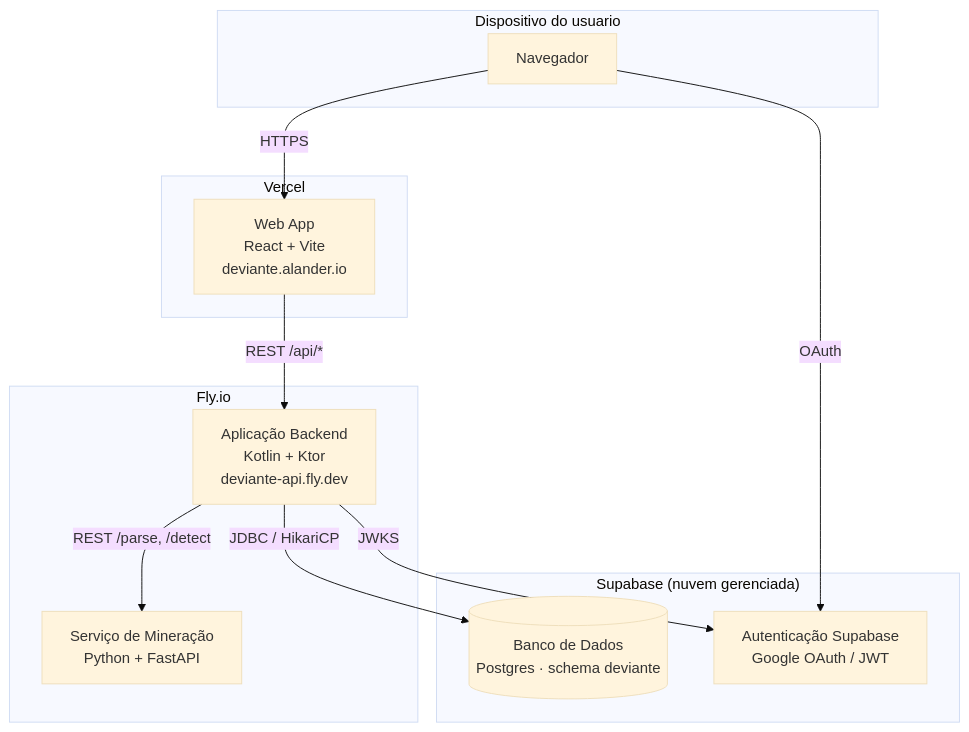
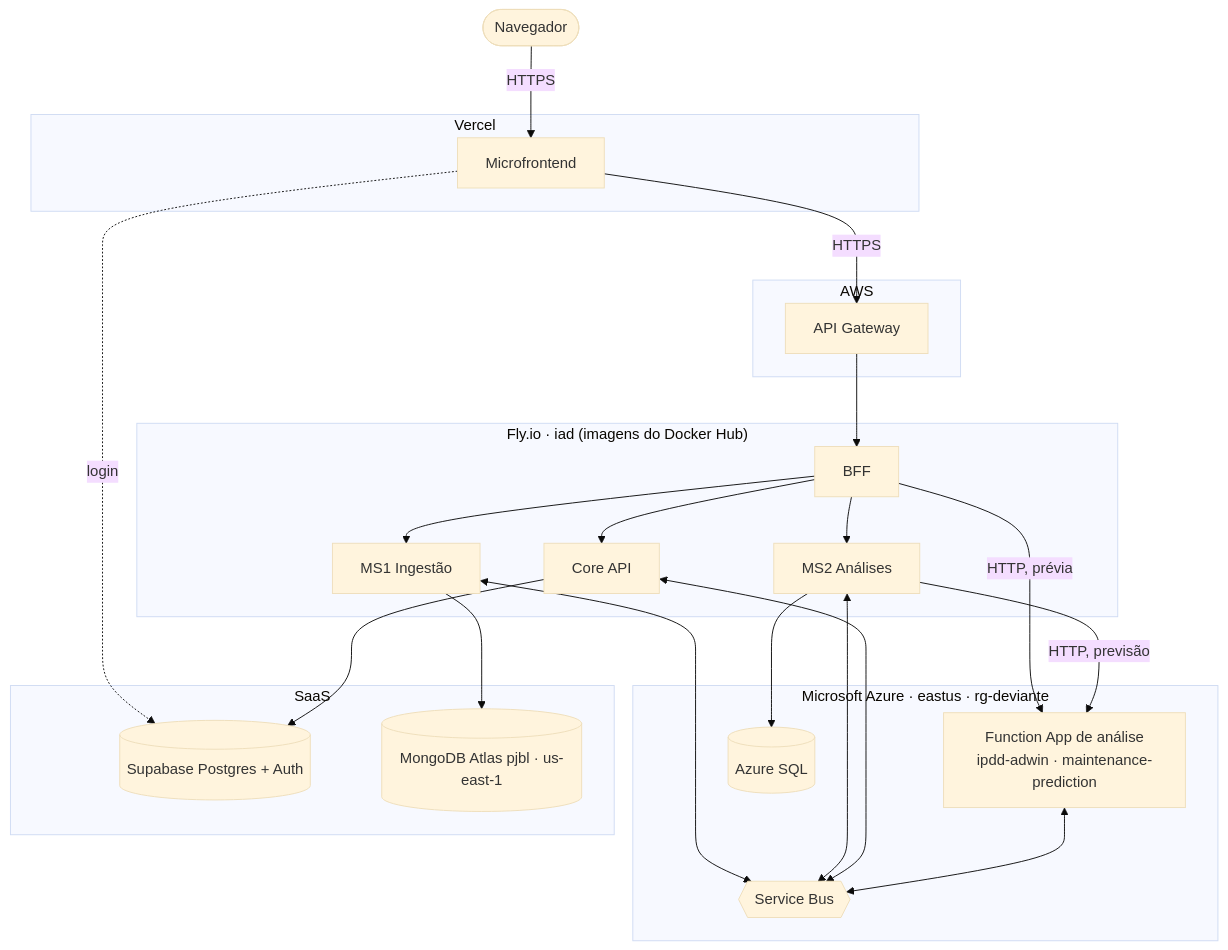
Before and after one commit to aland3r/deviante-docs: the diagram in architecture/deployment.mmd, drawn with Mermaid (base theme). The commit also changed 17 other files, not shown here.

First line of the commit message:
Diagramas avulsos (.mmd) sincronizados com o arc42

```diff
--- a/architecture/deployment.mmd
+++ b/architecture/deployment.mmd
@@ -1,24 +1,33 @@
-%% Diagrama de Implantacao (arc42 Secao 7) - mapeamento dos conteineres para a
-%% infraestrutura de execucao e os canais entre os nos.
 flowchart TB
-    subgraph client["Dispositivo do usuario"]
-        browser["Navegador"]
+    browser([Navegador])
+    subgraph vercel["Vercel"]
+        fe["Microfrontend"]
     end
-    subgraph vercel["Vercel"]
-        web["Web App<br/>React + Vite<br/>deviante.alander.io"]
+    subgraph aws["AWS"]
+        gw["API Gateway"]
     end
-    subgraph fly["Fly.io"]
-        api["Aplicação Backend<br/>Kotlin + Ktor<br/>deviante-api.fly.dev"]
-        mining["Serviço de Mineração<br/>Python + FastAPI"]
+    subgraph fly["Fly.io · iad (imagens do Docker Hub)"]
+        bff["BFF"]
+        core["Core API"]
+        ms1["MS1 Ingestão"]
+        ms2["MS2 Análises"]
     end
-    subgraph supa["Supabase (nuvem gerenciada)"]
-        authn["Autenticação Supabase<br/>Google OAuth / JWT"]
-        db[("Banco de Dados<br/>Postgres · schema deviante")]
+    subgraph azure["Microsoft Azure · eastus · rg-deviante"]
+        fn["Function App de análise<br/>ipdd-adwin · maintenance-prediction"]
+        sql[("Azure SQL")]
+        bus{{"Service Bus"}}
     end
-
-    browser -->|HTTPS| web
-    browser -->|OAuth| authn
-    web -->|REST /api/*| api
-    api -->|REST /parse, /detect| mining
-    api -->|JDBC / HikariCP| db
-    api -->|JWKS| authn
+    subgraph saas["SaaS"]
+        supa[("Supabase Postgres + Auth")]
+        mongo[("MongoDB Atlas pjbl · us-east-1")]
+    end
+    browser -->|HTTPS| fe
+    fe -->|HTTPS| gw --> bff
+    bff --> core & ms1 & ms2
+    bff -->|HTTP, prévia| fn
+    ms2 -->|HTTP, previsão| fn
+    fe -.->|login| supa
+    core --> supa
+    ms1 --> mongo
+    ms2 --> sql
+    ms1 & ms2 & core & fn <--> bus
```
